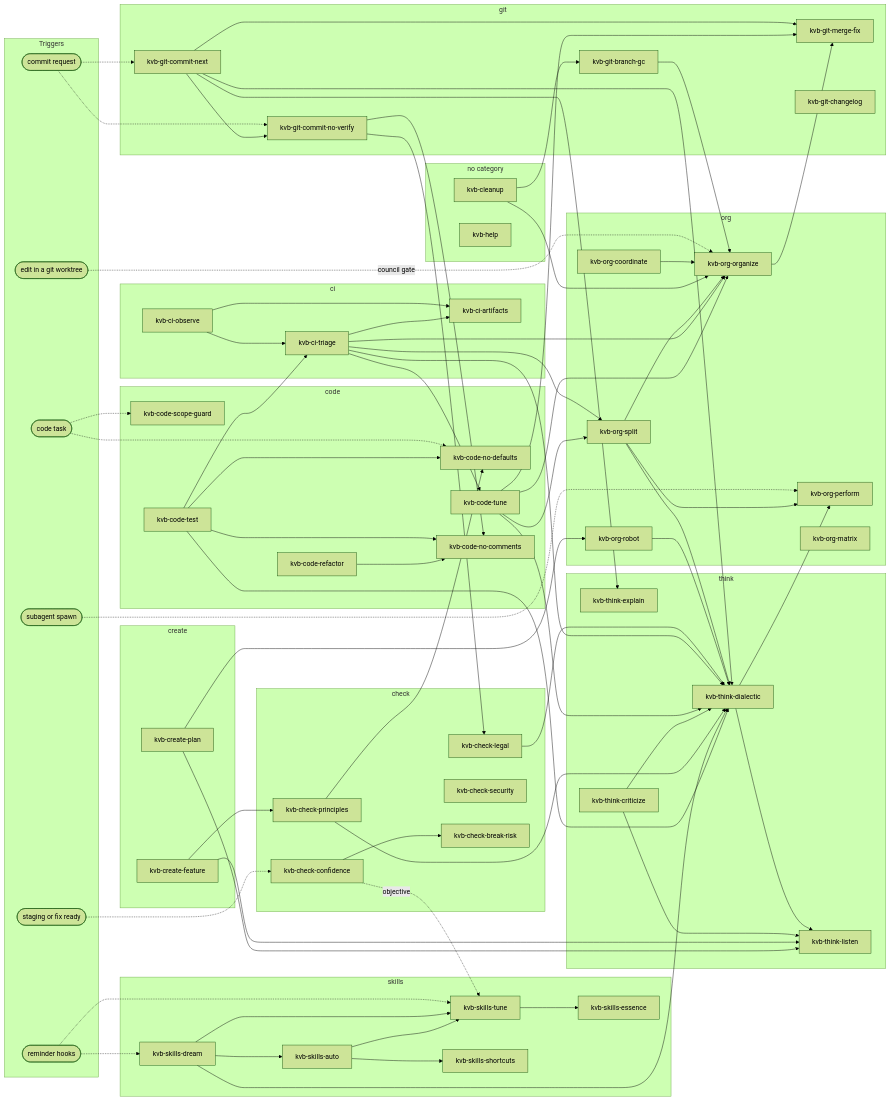
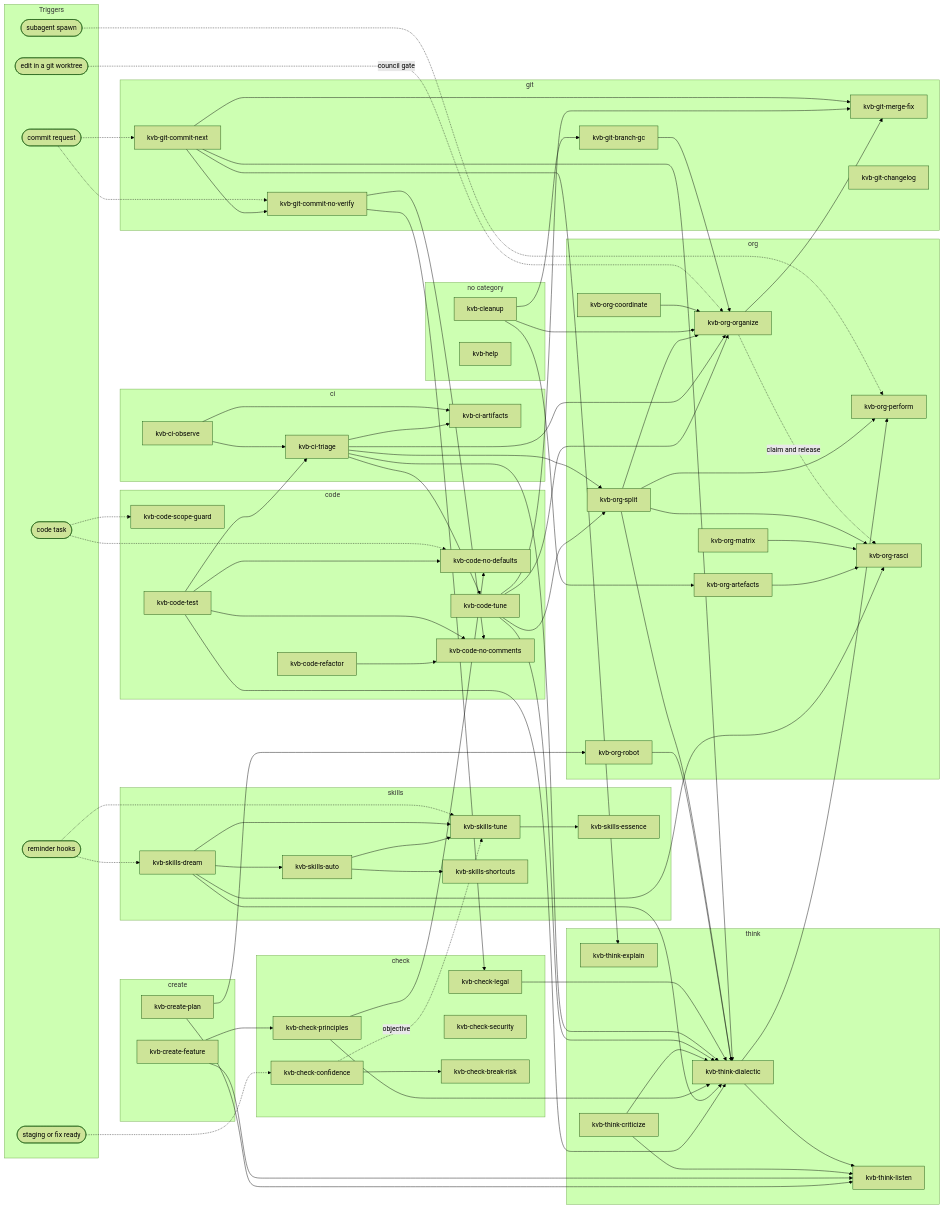
Before and after one commit to kevinveenbirkenbach/skills: the second of 2 diagrams in README.md, drawn with Mermaid (forest theme). The commit also changed other lines of this file and 22 other files, not shown here.

First line of the commit message:
feat(org): add the kvb-org-rasci RASCI/OKR register and kvb-org-artefacts

```diff
--- a/README.md
+++ b/README.md
@@ -124,6 +126,8 @@
     coordinate[kvb-org-coordinate]
     subagent_model[kvb-org-perform]
     status_matrix[kvb-org-matrix]
+    rasci[kvb-org-rasci]
+    artefacts[kvb-org-artefacts]
     robot[kvb-org-robot]
   end
   subgraph cat_skills [skills]
@@ -167,6 +171,12 @@
   funnel --> subagent_model
   dialectic --> subagent_model
   democracy --> merge_fix
+  democracy -. claim and release .-> rasci
+  funnel --> rasci
+  status_matrix --> rasci
+  cleanup --> artefacts
+  artefacts --> rasci
+  dream --> rasci
 
   observe --> triage
   observe --> ci_artifacts
```
